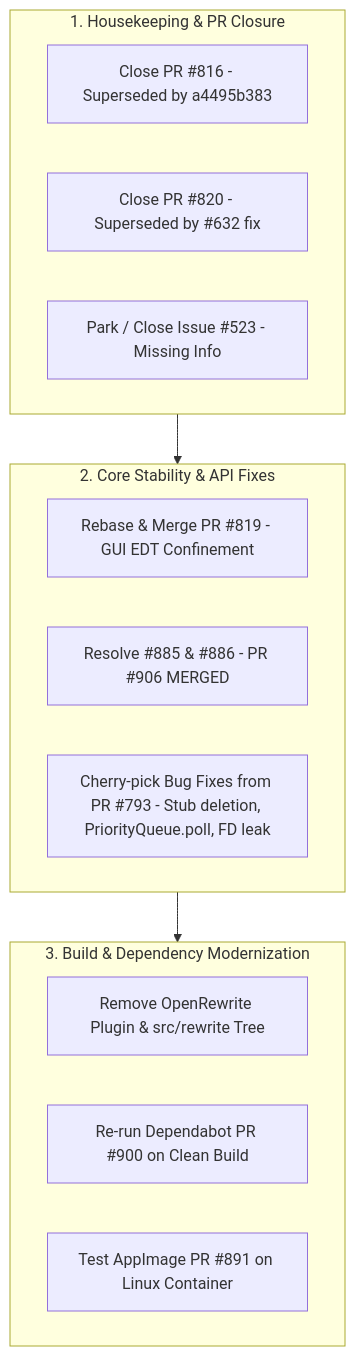
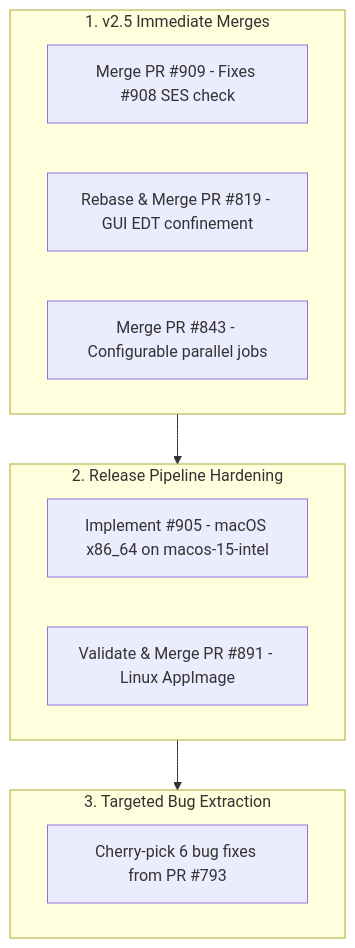
The diagram in docs/research/backlog_triage_and_investigation_notes.md (freerouting/freerouting), drawn with Mermaid before and after one commit. The commit also changed other lines of this file, not shown here.

Commit message:
docs(research): update backlog triage notes for PR #900 and OpenRewrite removal

````diff
--- a/docs/research/backlog_triage_and_investigation_notes.md
+++ b/docs/research/backlog_triage_and_investigation_notes.md
@@ -257,23 +148,20 @@
 ```mermaid
 flowchart TD
-    subgraph Housekeeping ["1. Housekeeping & PR Closure"]
-        A[Close PR #816 - Superseded by a4495b383]
-        B[Close PR #820 - Superseded by #632 fix]
-        C[Park / Close Issue #523 - Missing Info]
+    subgraph Immediate ["1. v2.5 Immediate Merges"]
+        A[Merge PR #909 - Fixes #908 SES check]
+        B[Rebase & Merge PR #819 - GUI EDT confinement]
+        C[Merge PR #843 - Configurable parallel jobs]
     end
 
-    subgraph CriticalFixes ["2. Core Stability & API Fixes"]
-        D[Rebase & Merge PR #819 - GUI EDT Confinement]
-        E[Resolve #885 & #886 - PR #906 MERGED]
-        F[Cherry-pick Bug Fixes from PR #793 - Stub deletion, PriorityQueue.poll, FD leak]
+    subgraph Packaging ["2. Release Pipeline Hardening"]
+        D[Implement #905 - macOS x86_64 on macos-15-intel]
+        E[Validate & Merge PR #891 - Linux AppImage]
     end
 
-    subgraph BuildClean ["3. Build & Dependency Modernization"]
-        G[Remove OpenRewrite Plugin & src/rewrite Tree]
-        H[Re-run Dependabot PR #900 on Clean Build]
-        I[Test AppImage PR #891 on Linux Container]
+    subgraph EngineFixes ["3. Targeted Bug Extraction"]
+        F[Cherry-pick 6 bug fixes from PR #793]
     end
 
-    Housekeeping --> CriticalFixes
-    CriticalFixes --> BuildClean
+    Immediate --> Packaging
+    Packaging --> EngineFixes
 ```
````
